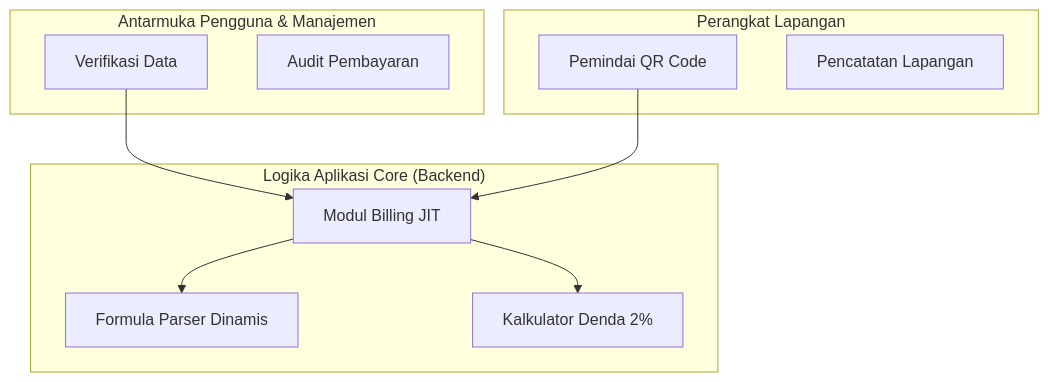
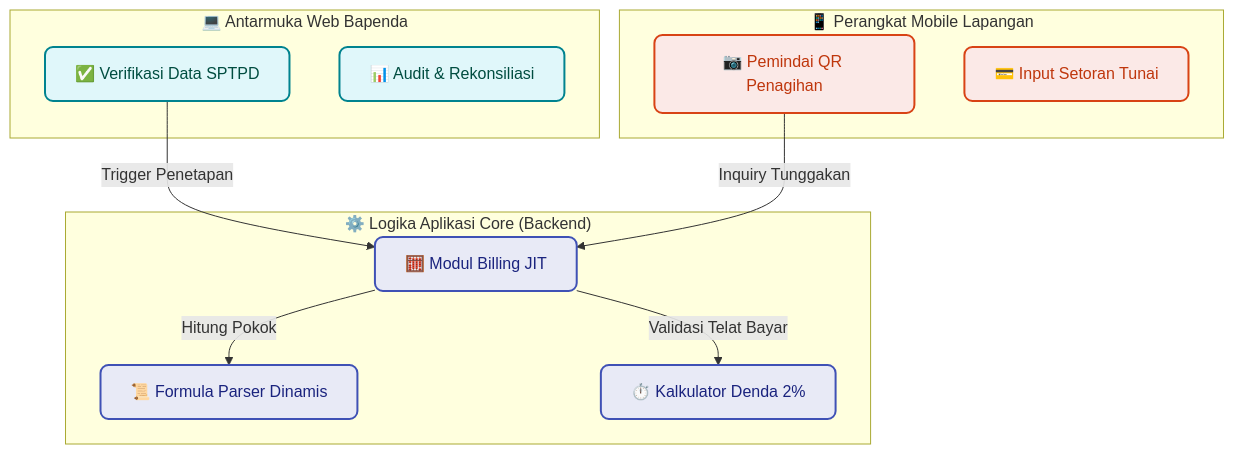
Before and after one commit to arif-rizal1122/retribusi-api: the second of 3 diagrams in docs/Dokumen_Perencanaan_Sistem_Pendapatan_Baubau.md, drawn with Mermaid. The commit also changed other lines of this file, not shown here.

```diff
--- a/docs/Dokumen_Perencanaan_Sistem_Pendapatan_Baubau.md
+++ b/docs/Dokumen_Perencanaan_Sistem_Pendapatan_Baubau.md
@@ -82,23 +96,28 @@
 <div class="mermaid">
-graph TD
-    subgraph "Logika Aplikasi Core (Backend)"
-        BS[Modul Billing JIT]
-        FPS[Formula Parser Dinamis]
-        PCS[Kalkulator Denda 2%]
+flowchart TD
+    %% Styling
+    classDef core fill:#e8eaf6,stroke:#3f51b5,stroke-width:2px,color:#1a237e,rx:8px,ry:8px
+    classDef dash fill:#e0f7fa,stroke:#00838f,stroke-width:2px,color:#004d40,rx:8px,ry:8px
+    classDef app fill:#fbe9e7,stroke:#d84315,stroke-width:2px,color:#bf360c,rx:8px,ry:8px
+
+    subgraph CoreBackend ["⚙️ Logika Aplikasi Core (Backend)"]
+        BS["🧮 Modul Billing JIT"]:::core
+        FPS["📜 Formula Parser Dinamis"]:::core
+        PCS["⏱️ Kalkulator Denda 2%"]:::core
     end
 
-    subgraph "Antarmuka Pengguna & Manajemen"
-        A_VER[Verifikasi Data]
-        A_AUDIT[Audit Pembayaran]
+    subgraph AdminDashboard ["💻 Antarmuka Web Bapenda"]
+        A_VER["✅ Verifikasi Data SPTPD"]:::dash
+        A_AUDIT["📊 Audit & Rekonsiliasi"]:::dash
     end
 
-    subgraph "Perangkat Lapangan"
-        P_SCAN[Pemindai QR Code]
-        P_PAY[Pencatatan Lapangan]
+    subgraph PetugasApp ["📱 Perangkat Mobile Lapangan"]
+        P_SCAN["📷 Pemindai QR Penagihan"]:::app
+        P_PAY["💳 Input Setoran Tunai"]:::app
     end
     
-    A_VER --> BS
-    P_SCAN --> BS
-    BS --> FPS
-    BS --> PCS
+    A_VER -->|Trigger Penetapan| BS
+    P_SCAN -->|Inquiry Tunggakan| BS
+    BS -->|Hitung Pokok| FPS
+    BS -->|Validasi Telat Bayar| PCS
 </div>
```
